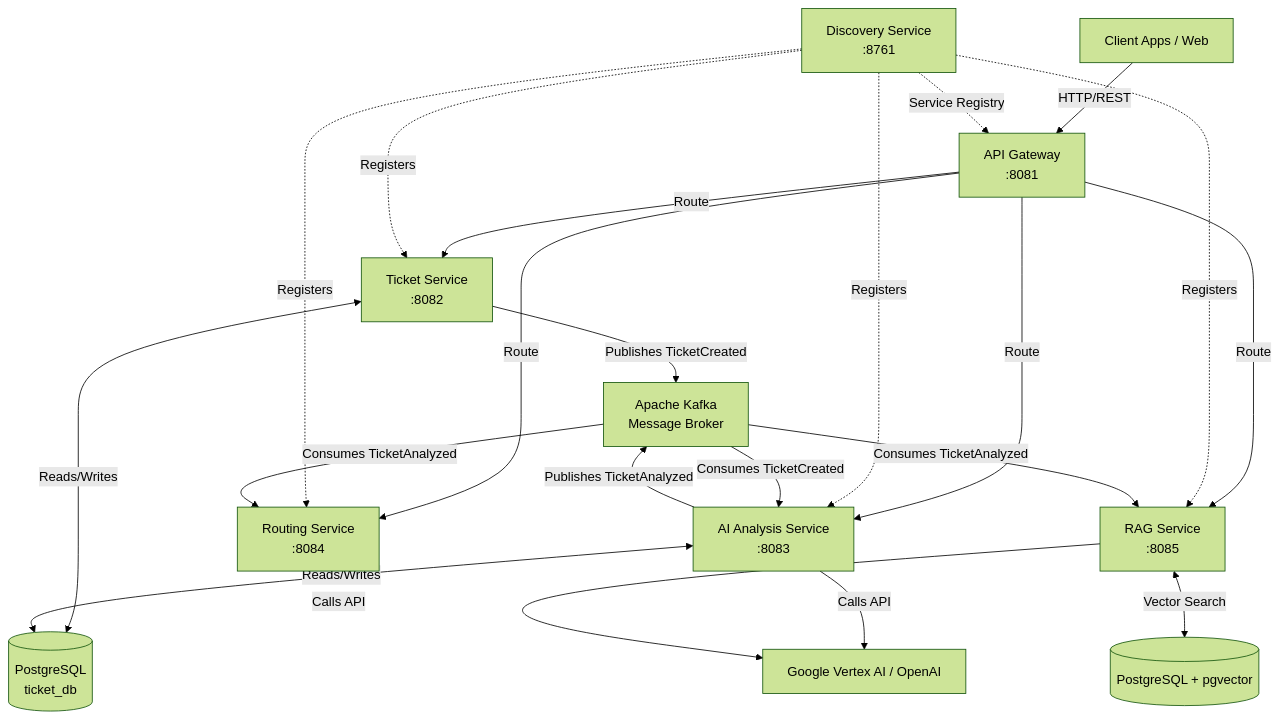
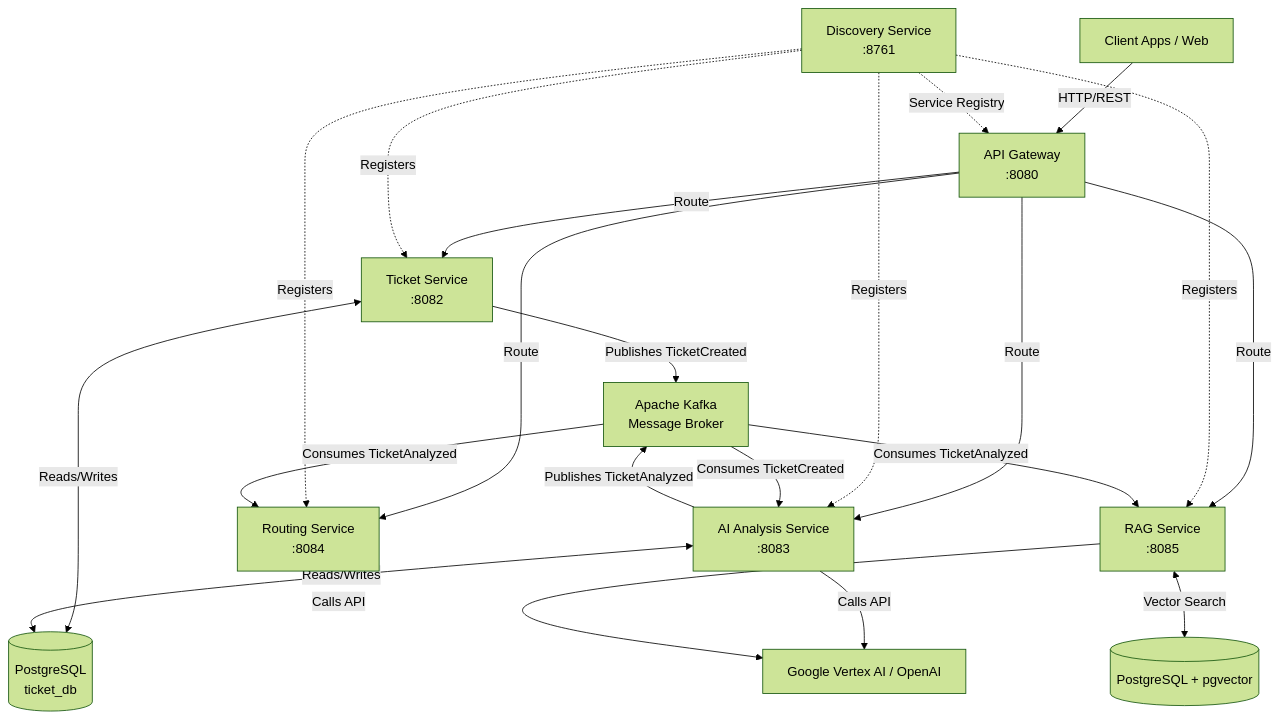
One commit to avisheksingha/ai-support-system changed the first of 2 diagrams in OVERVIEW.md. Above: the diagram before and after it, drawn with Mermaid (forest theme). The commit also changed other lines of this file and 36 other files, not shown here.

````diff
--- a/OVERVIEW.md
+++ b/OVERVIEW.md
@@ -27,28 +29,28 @@
 ```mermaid
 graph TD
-    Client[Client Apps / Web] -->|HTTP/REST| API_GW[API Gateway<br>:8081]
+    Client[Client Apps / Web] -->|HTTP/REST| API_GW[API Gateway<br>:8080]
     
     API_GW -->|Route| TS[Ticket Service<br>:8082]
     API_GW -->|Route| AIS[AI Analysis Service<br>:8083]
     API_GW -->|Route| RS[Routing Service<br>:8084]
     API_GW -->|Route| RAG[RAG Service<br>:8085]
 
     DS[Discovery Service<br>:8761] -.->|Service Registry| API_GW
     DS -.->|Registers| TS
     DS -.->|Registers| AIS
     DS -.->|Registers| RS
     DS -.->|Registers| RAG
 
     TS <-->|Reads/Writes| DB[(PostgreSQL<br>ticket_db)]
     AIS <-->|Reads/Writes| DB
 
     TS -->|Publishes TicketCreated| Kafka[Apache Kafka<br>Message Broker]
     Kafka -->|Consumes TicketCreated| AIS
     AIS -->|Calls API| ExternalAI[Google Vertex AI / OpenAI]
     AIS -->|Publishes TicketAnalyzed| Kafka
     Kafka -->|Consumes TicketAnalyzed| RS
     Kafka -->|Consumes TicketAnalyzed| RAG
     
     RAG <-->|Vector Search| PGV[(PostgreSQL + pgvector)]
     RAG -->|Calls API| ExternalAI
 ```
````
